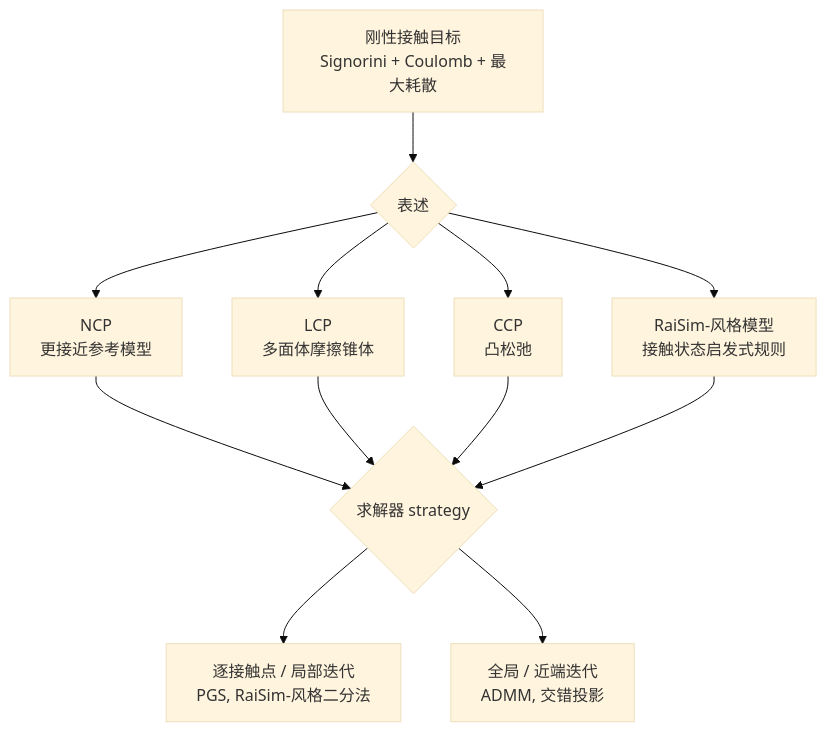
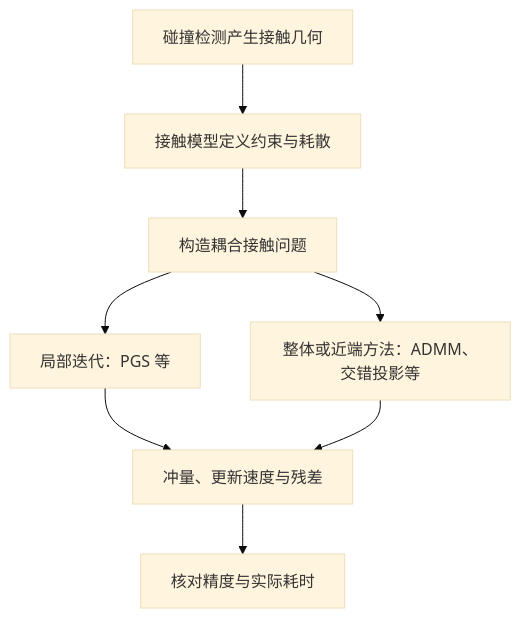
One commit to niuverse/llm-wiki changed the diagram in wiki/concepts/ContactSolvers.md. Above: the diagram before and after it, drawn with Mermaid (base theme). The commit also changed other lines of this file and 222 other files, not shown here.

````diff
--- a/wiki/concepts/ContactSolvers.md
+++ b/wiki/concepts/ContactSolvers.md
@@ -25,14 +47,10 @@
 ```mermaid
 flowchart TD
-  A["刚性接触目标<br/>Signorini + Coulomb + 最大耗散"] --> B{"表述"}
-  B --> C["NCP<br/>更接近参考模型"]
-  B --> D["LCP<br/>多面体摩擦锥体"]
-  B --> E["CCP<br/>凸松弛"]
-  B --> F["RaiSim-风格模型<br/>接触状态启发式规则"]
-  C --> G{"求解器 strategy"}
-  D --> G
-  E --> G
-  F --> G
-  G --> H["逐接触点 / 局部迭代<br/>PGS, RaiSim-风格二分法"]
-  G --> I["全局 / 近端迭代<br/>ADMM, 交错投影"]
+  A[碰撞检测产生接触几何] --> B[接触模型定义约束与耗散]
+  B --> C[构造耦合接触问题]
+  C --> D[局部迭代：PGS 等]
+  C --> E[整体或近端方法：ADMM、交错投影等]
+  D --> F[冲量、更新速度与残差]
+  E --> F
+  F --> G[核对精度与实际耗时]
 ```
````
